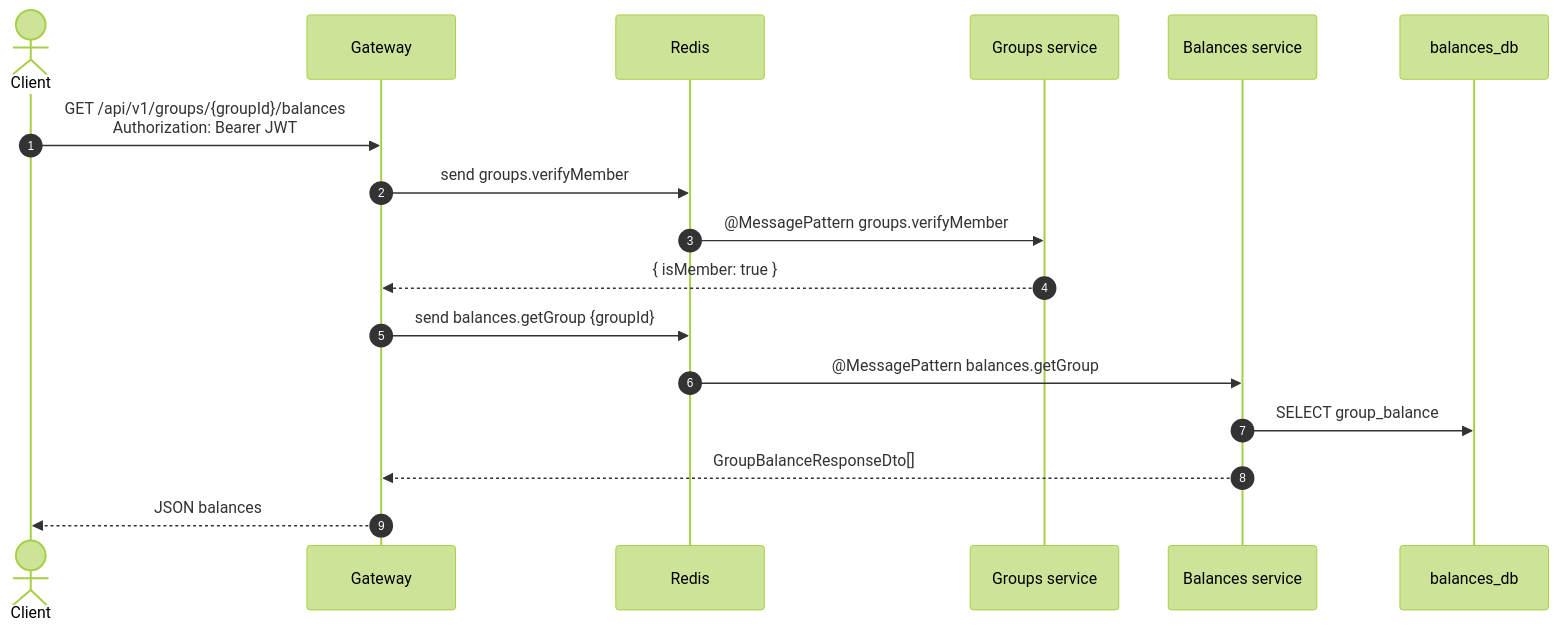
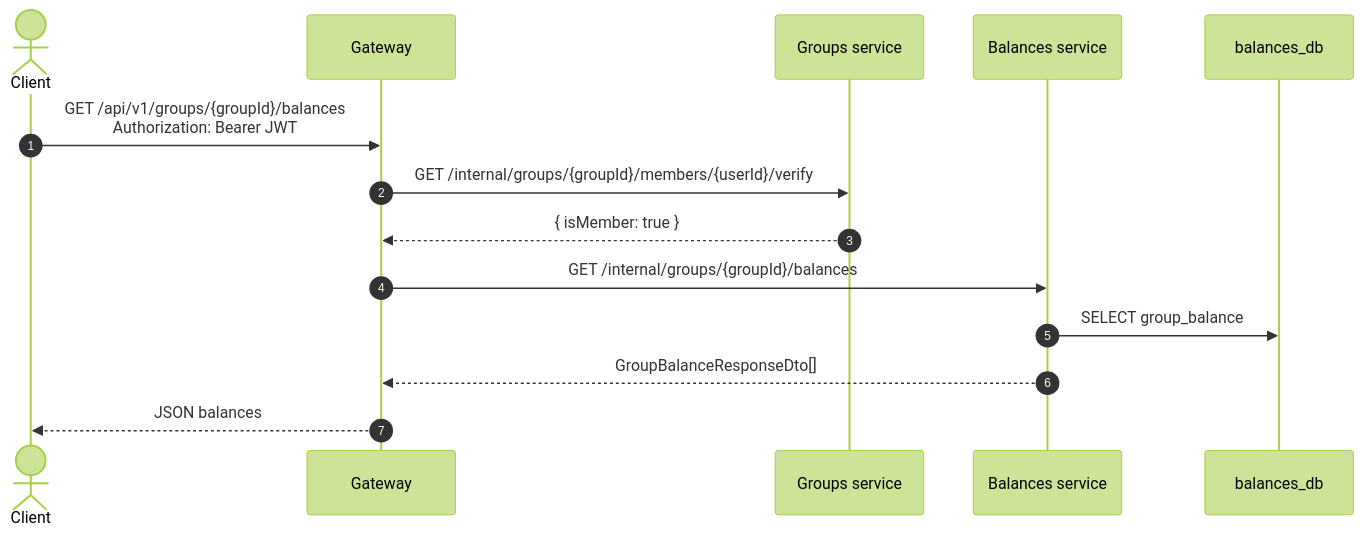
One commit to shanecjones1999/expense-splitter changed the fifth of 5 diagrams in docs/REQUEST_FLOW.md. Above: the diagram before and after it, drawn with Mermaid (forest theme). The commit also changed other lines of this file and 46 other files, not shown here.

````diff
--- a/docs/REQUEST_FLOW.md
+++ b/docs/REQUEST_FLOW.md
@@ -138,20 +130,17 @@
 ```mermaid
 sequenceDiagram
   autonumber
   actor Client
   participant GW as Gateway
-  participant Redis
   participant Groups as Groups service
   participant Balances as Balances service
   participant BalDB as balances_db
 
   Client->>GW: GET /api/v1/groups/{groupId}/balances<br/>Authorization: Bearer JWT
-  GW->>Redis: send groups.verifyMember
-  Redis->>Groups: @MessagePattern groups.verifyMember
+  GW->>Groups: GET /internal/groups/{groupId}/members/{userId}/verify
   Groups-->>GW: { isMember: true }
-  GW->>Redis: send balances.getGroup {groupId}
-  Redis->>Balances: @MessagePattern balances.getGroup
+  GW->>Balances: GET /internal/groups/{groupId}/balances
   Balances->>BalDB: SELECT group_balance
   Balances-->>GW: GroupBalanceResponseDto[]
   GW-->>Client: JSON balances
 ```
````
